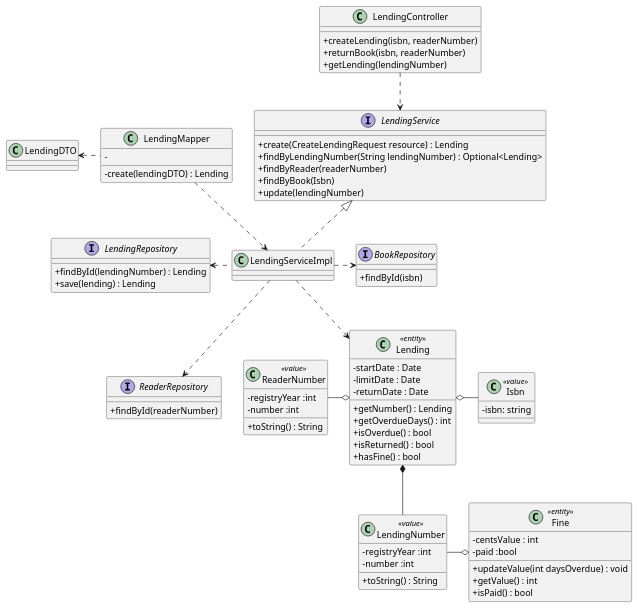
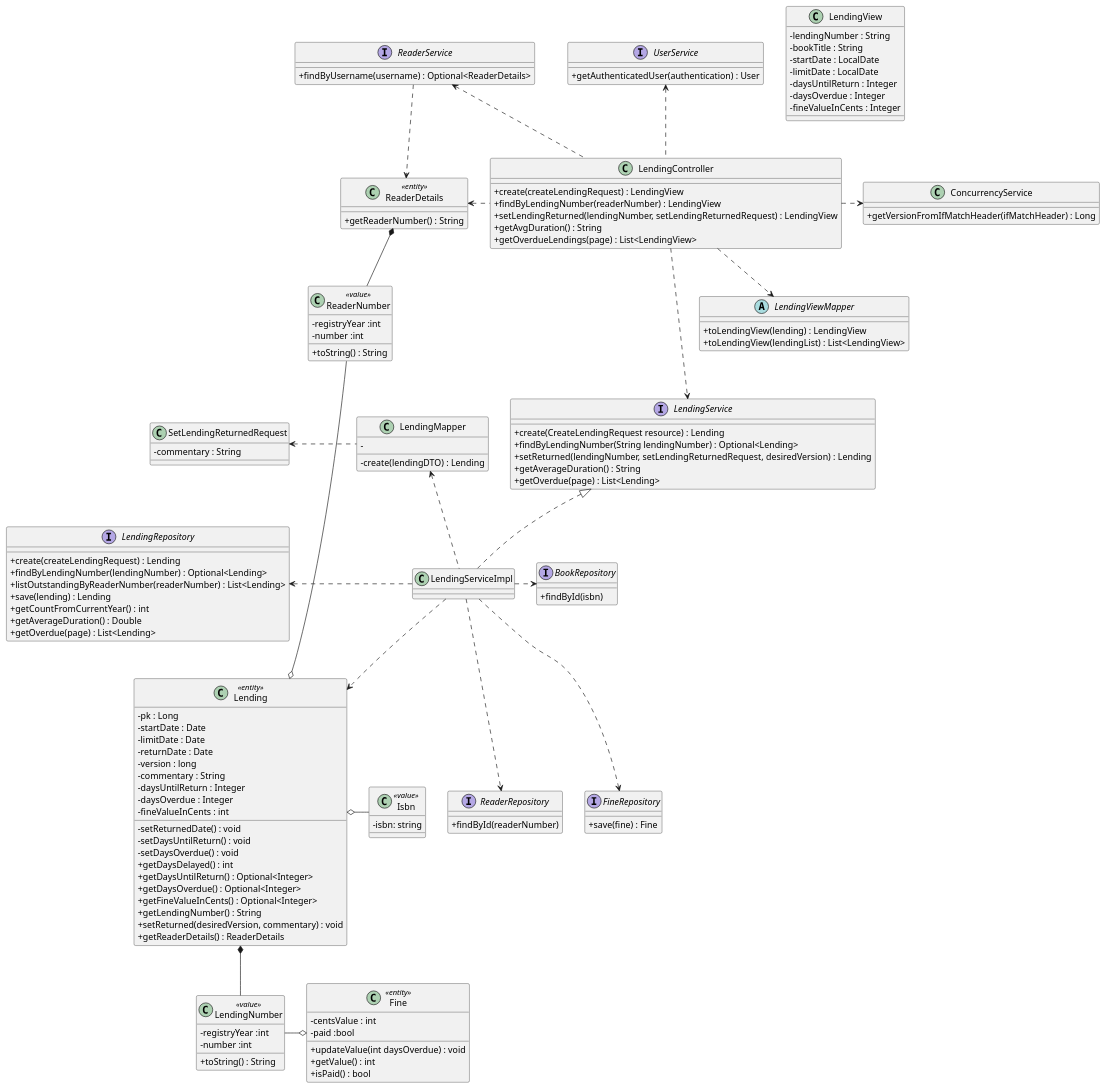
One commit to rutemf/1220944_1220772_G01 changed the diagram in Docs/Phase2/WP4B-Lendings/WP4B-Lendings-CD.puml. Above: the diagram before and after it, drawn with PlantUML. The commit also changed 4 other files, not shown here.

```diff
--- a/Docs/Phase2/WP4B-Lendings/WP4B-Lendings-CD.puml
+++ b/Docs/Phase2/WP4B-Lendings/WP4B-Lendings-CD.puml
@@ -1,97 +1,163 @@
 @startuml
 
 'hide circle
 skinparam classAttributeIconSize 0
 
 class LendingController {
-    + createLending(isbn, readerNumber)
-    + returnBook(isbn, readerNumber)
-    + getLending(lendingNumber)
+    + create(createLendingRequest) : LendingView
+    + findByLendingNumber(readerNumber) : LendingView
+    + setLendingReturned(lendingNumber, setLendingReturnedRequest) : LendingView
+    + getAvgDuration() : String
+    + getOverdueLendings(page) : List<LendingView>
 }
 
-interface LendingRepository {
-    + findById(lendingNumber) : Lending
-    + save(lending) : Lending
+abstract class LendingViewMapper {
+    + toLendingView(lending) : LendingView
+    + toLendingView(lendingList) : List<LendingView>
+}
+
+class LendingView {
+    - lendingNumber : String
+    - bookTitle : String
+    - startDate : LocalDate
+    - limitDate : LocalDate
+    - daysUntilReturn : Integer
+    - daysOverdue : Integer
+    - fineValueInCents : Integer
 }
 
 interface LendingService {
     + create(CreateLendingRequest resource) : Lending
     + findByLendingNumber(String lendingNumber) : Optional<Lending>
-    + findByReader(readerNumber)
-    + findByBook(Isbn)
-    + update(lendingNumber)
+    + setReturned(lendingNumber, setLendingReturnedRequest, desiredVersion) : Lending
+    + getAverageDuration() : String
+    + getOverdue(page) : List<Lending>
 }
 
 class LendingServiceImpl implements LendingService{
 }
+
+interface UserService {
+    + getAuthenticatedUser(authentication) : User
+}
+
+interface ReaderService {
+    + findByUsername(username) : Optional<ReaderDetails>
+}
+
+class ConcurrencyService {
+    + getVersionFromIfMatchHeader(ifMatchHeader) : Long
+}
+
+
+interface LendingRepository {
+    + create(createLendingRequest) : Lending
+    + findByLendingNumber(lendingNumber) : Optional<Lending>
+    + listOutstandingByReaderNumber(readerNumber) : List<Lending>
+    + save(lending) : Lending
+    + getCountFromCurrentYear() : int
+    + getAverageDuration() : Double
+    + getOverdue(page) : List<Lending>
+}
+
 
 interface ReaderRepository {
     + findById(readerNumber)
 }
 
 interface BookRepository {
     + findById(isbn)
 }
 
+interface FineRepository {
+    + save(fine) : Fine
+}
+
 class Lending <<entity>>{
+    - pk : Long
     - startDate : Date
     - limitDate : Date
     - returnDate : Date
-    + getNumber() : Lending
-    + getOverdueDays() : int
-    + isOverdue() : bool
-    + isReturned() : bool
-    + hasFine() : bool
+    - version : long
+    - commentary : String
+    - daysUntilReturn : Integer
+    - daysOverdue : Integer
+    - fineValueInCents : int
+
+    - setReturnedDate() : void
+    - setDaysUntilReturn() : void
+    - setDaysOverdue() : void
+    + getDaysDelayed() : int
+    + getDaysUntilReturn() : Optional<Integer>
+    + getDaysOverdue() : Optional<Integer>
+    + getFineValueInCents() : Optional<Integer>
+    + getLendingNumber() : String
+    + setReturned(desiredVersion, commentary) : void
+    + getReaderDetails() : ReaderDetails
 }
 
 class LendingNumber <<value>> {
     - registryYear :int
     - number :int
     + toString() : String
 }
 
 class Isbn <<value>>{
     - isbn: string
+}
+
+class ReaderDetails <<entity>>{
+    + getReaderNumber() : String
 }
 
 class ReaderNumber <<value>>{
     - registryYear :int
     - number :int
     + toString() : String
 }
 
 class Fine <<entity>>{
     - centsValue : int
     - paid :bool
     + updateValue(int daysOverdue) : void
     + getValue() : int
     + isPaid() : bool
 }
 
-class LendingDTO{
-
+class SetLendingReturnedRequest{
+    - commentary : String
 }
 
 class LendingMapper{
     - create(lendingDTO) : Lending
     -
 
 }
 
 
 Lending o- Isbn
 Lending o-left- ReaderNumber
 Lending *-down- LendingNumber
 LendingNumber -right-o Fine
+ReaderDetails *- ReaderNumber
+
+LendingController ..> LendingViewMapper
+LendingController ...> LendingService
+LendingController .up.> UserService
+LendingController .left.> ReaderService
+LendingController .> ConcurrencyService
 
 LendingServiceImpl ..> Lending
+LendingServiceImpl ..> FineRepository
 
-LendingController ..> LendingService
+ReaderService ..> ReaderDetails
+LendingController .left.> ReaderDetails
+
 LendingServiceImpl .left.> LendingRepository
 LendingServiceImpl ..> ReaderRepository
 LendingServiceImpl .right.> BookRepository
 
-LendingServiceImpl <.up. LendingMapper
-LendingMapper .left.> LendingDTO
+LendingServiceImpl .up.> LendingMapper
+LendingMapper .left.> SetLendingReturnedRequest
 
 @enduml
```
